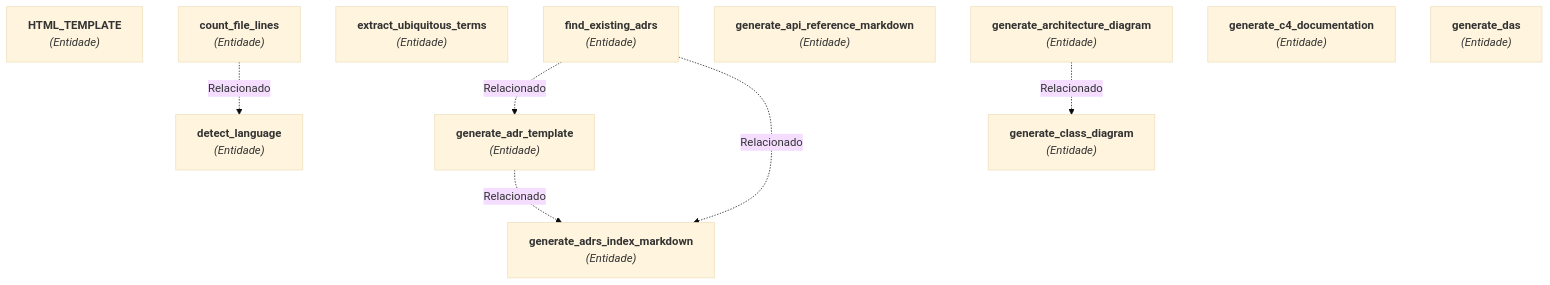
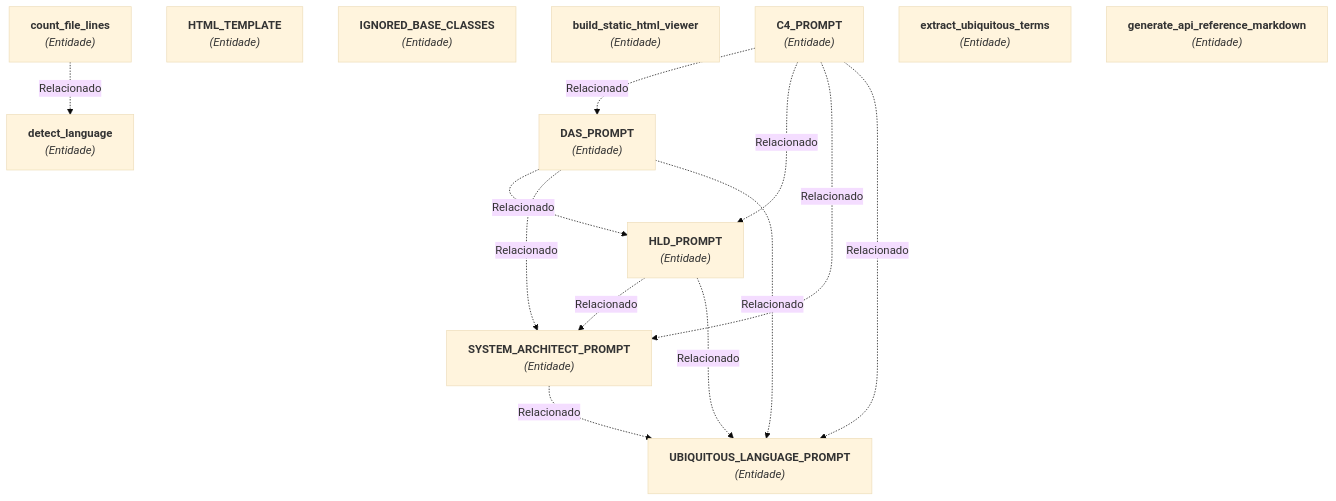
One commit to marcoswferreira/doc-gen changed the ninth of 10 diagrams in DOCUMENTATION.md. Above: the diagram before and after it, drawn with Mermaid (base theme). The commit also changed other lines of this file and 32 other files, not shown here.

````diff
--- a/DOCUMENTATION.md
+++ b/DOCUMENTATION.md
@@ -622,20 +612,26 @@
 ```mermaid
 graph TD
+    C4_PROMPT["<b>C4_PROMPT</b><br/><i>(Entidade)</i>"]
+    DAS_PROMPT["<b>DAS_PROMPT</b><br/><i>(Entidade)</i>"]
+    HLD_PROMPT["<b>HLD_PROMPT</b><br/><i>(Entidade)</i>"]
     HTML_TEMPLATE["<b>HTML_TEMPLATE</b><br/><i>(Entidade)</i>"]
+    IGNORED_BASE_CLASSES["<b>IGNORED_BASE_CLASSES</b><br/><i>(Entidade)</i>"]
+    SYSTEM_ARCHITECT_PROMPT["<b>SYSTEM_ARCHITECT_PROMPT</b><br/><i>(Entidade)</i>"]
+    UBIQUITOUS_LANGUAGE_PROMPT["<b>UBIQUITOUS_LANGUAGE_PROMPT</b><br/><i>(Entidade)</i>"]
+    build_static_html_viewer["<b>build_static_html_viewer</b><br/><i>(Entidade)</i>"]
     count_file_lines["<b>count_file_lines</b><br/><i>(Entidade)</i>"]
     detect_language["<b>detect_language</b><br/><i>(Entidade)</i>"]
     extract_ubiquitous_terms["<b>extract_ubiquitous_terms</b><br/><i>(Entidade)</i>"]
-    find_existing_adrs["<b>find_existing_adrs</b><br/><i>(Entidade)</i>"]
-    generate_adr_template["<b>generate_adr_template</b><br/><i>(Entidade)</i>"]
-    generate_adrs_index_markdown["<b>generate_adrs_index_markdown</b><br/><i>(Entidade)</i>"]
     generate_api_reference_markdown["<b>generate_api_reference_markdown</b><br/><i>(Entidade)</i>"]
-    generate_architecture_diagram["<b>generate_architecture_diagram</b><br/><i>(Entidade)</i>"]
-    generate_c4_documentation["<b>generate_c4_documentation</b><br/><i>(Entidade)</i>"]
-    generate_class_diagram["<b>generate_class_diagram</b><br/><i>(Entidade)</i>"]
-    generate_das["<b>generate_das</b><br/><i>(Entidade)</i>"]
+    C4_PROMPT -.->|Relacionado| DAS_PROMPT
+    C4_PROMPT -.->|Relacionado| HLD_PROMPT
+    C4_PROMPT -.->|Relacionado| SYSTEM_ARCHITECT_PROMPT
+    C4_PROMPT -.->|Relacionado| UBIQUITOUS_LANGUAGE_PROMPT
+    DAS_PROMPT -.->|Relacionado| HLD_PROMPT
+    DAS_PROMPT -.->|Relacionado| SYSTEM_ARCHITECT_PROMPT
+    DAS_PROMPT -.->|Relacionado| UBIQUITOUS_LANGUAGE_PROMPT
+    HLD_PROMPT -.->|Relacionado| SYSTEM_ARCHITECT_PROMPT
+    HLD_PROMPT -.->|Relacionado| UBIQUITOUS_LANGUAGE_PROMPT
+    SYSTEM_ARCHITECT_PROMPT -.->|Relacionado| UBIQUITOUS_LANGUAGE_PROMPT
     count_file_lines -.->|Relacionado| detect_language
-    find_existing_adrs -.->|Relacionado| generate_adr_template
-    find_existing_adrs -.->|Relacionado| generate_adrs_index_markdown
-    generate_adr_template -.->|Relacionado| generate_adrs_index_markdown
-    generate_architecture_diagram -.->|Relacionado| generate_class_diagram
 ```
````
